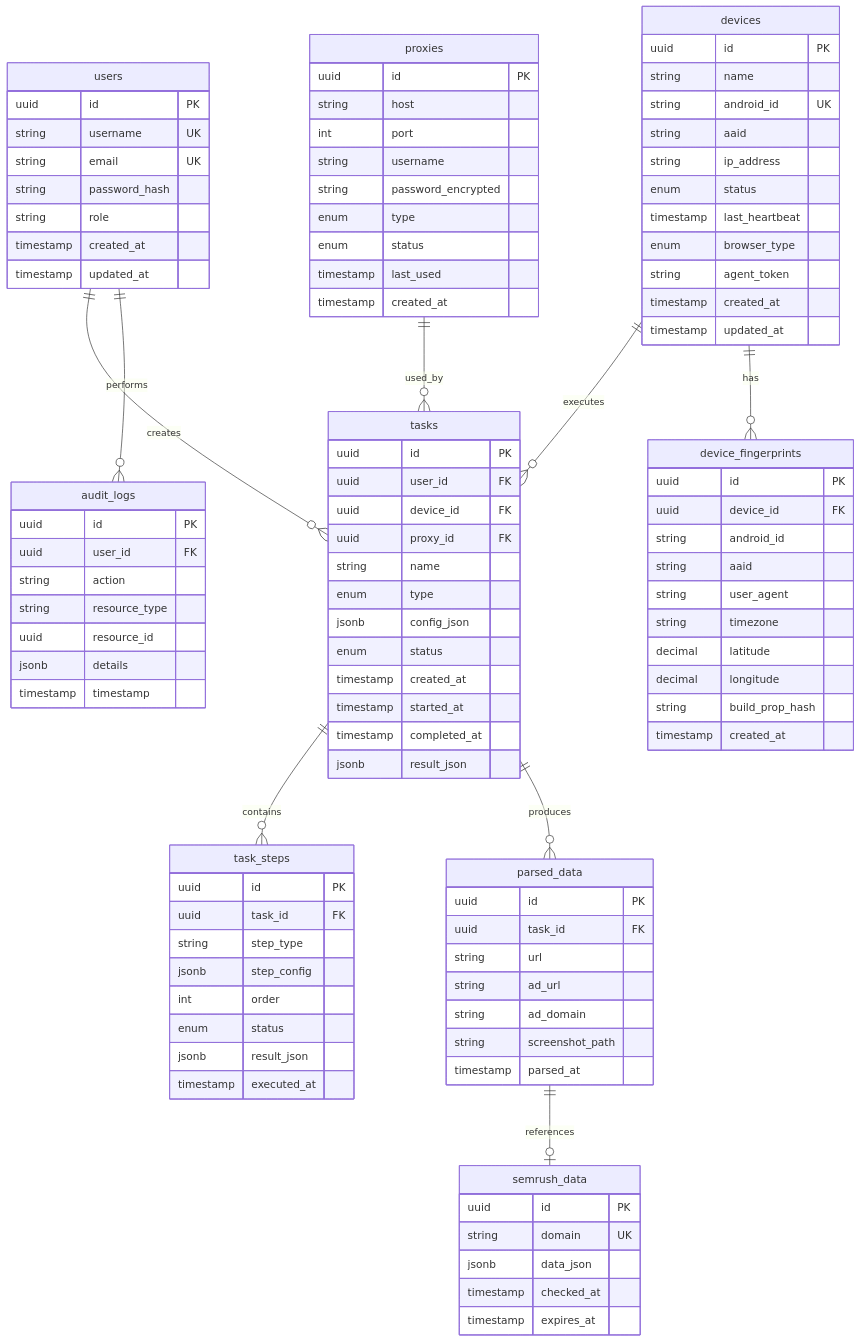
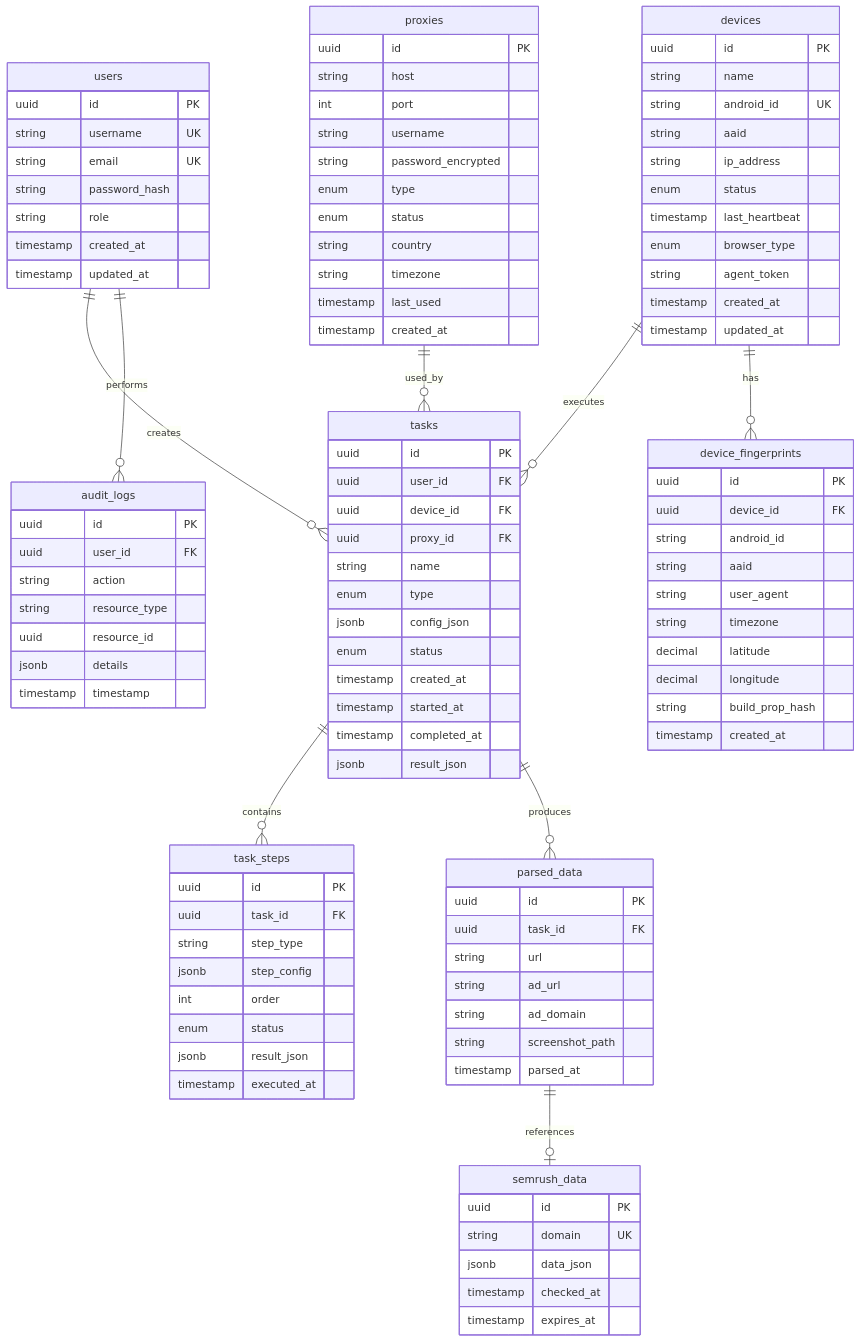
One commit to TaisyaFreelanse/andoid changed the diagram in docs/erd.md. Above: the diagram before and after it, drawn with Mermaid. The commit also changed other lines of this file and 4 other files, not shown here.

```diff
--- a/docs/erd.md
+++ b/docs/erd.md
@@ -73,6 +73,8 @@
         string password_encrypted
         enum type
         enum status
+        string country
+        string timezone
         timestamp last_used
         timestamp created_at
     }
```
